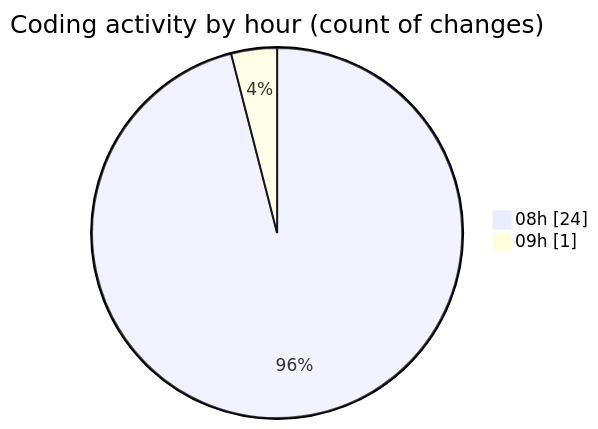
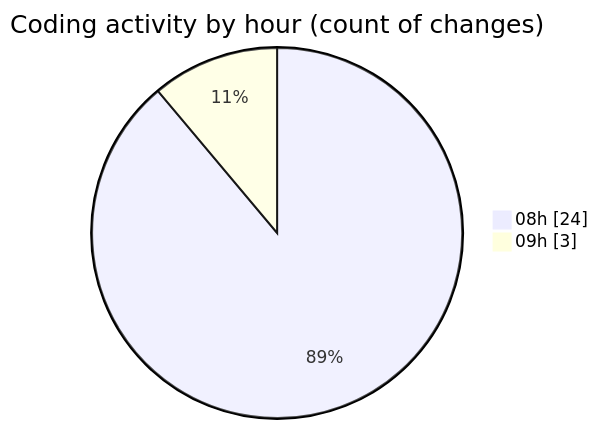
Before and after one commit to julien-gomy/code-tracking: the second of 2 diagrams in 2025-11-07/eventscop-frontend-guide__workspace_/README.md, drawn with Mermaid. The commit also changed other lines of this file and 1 other file, not shown here.

````diff
--- a/2025-11-07/eventscop-frontend-guide__workspace_/README.md
+++ b/2025-11-07/eventscop-frontend-guide__workspace_/README.md
@@ -37,6 +40,6 @@
 ```mermaid
 pie showData
 title Coding activity by hour (count of changes)
 "08h" : 24
-"09h" : 1
+"09h" : 3
 ```
````
